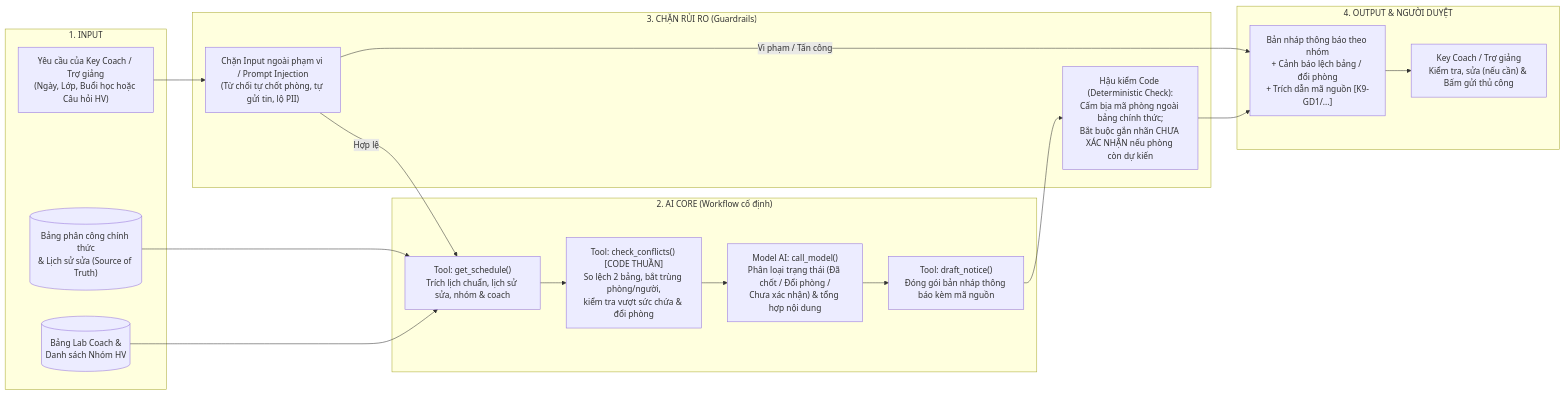
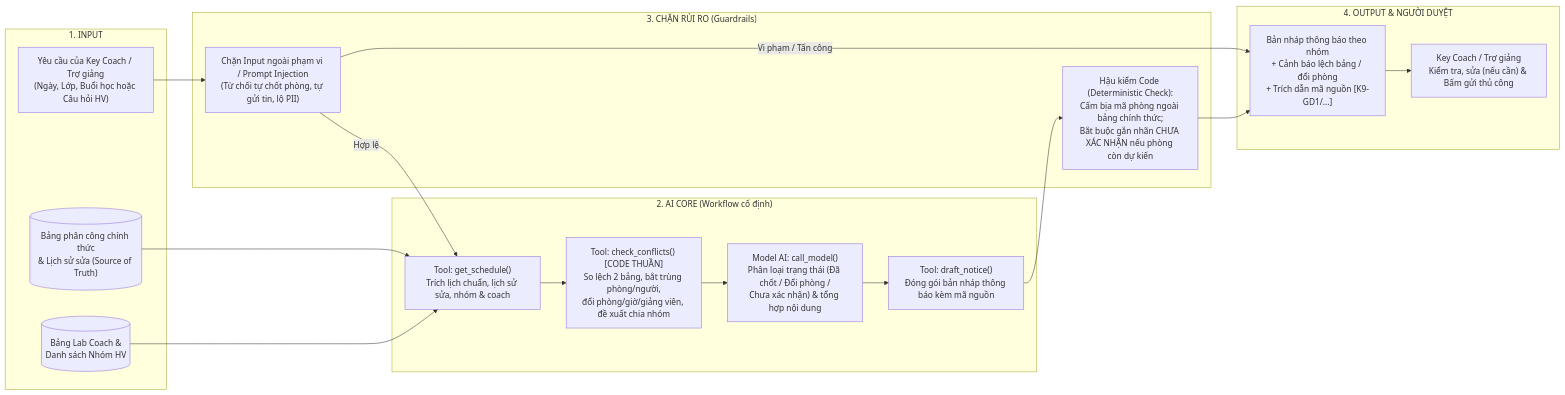
The diagram in spec.md (VUDUCTHANG130604/K5-Day15-L3A-Als-do-all), drawn with Mermaid before and after one commit. The commit also changed other lines of this file and 12 other files, not shown here.

````diff
--- a/spec.md
+++ b/spec.md
@@ -60,37 +60,37 @@
 ```mermaid
 flowchart LR
     subgraph INPUT["1. INPUT"]
         U["Yêu cầu của Key Coach / Trợ giảng<br/>(Ngày, Lớp, Buổi học hoặc Câu hỏi HV)"]
         D1[("Bảng phân công chính thức<br/>& Lịch sử sửa (Source of Truth)")]
         D2[("Bảng Lab Coach &<br/>Danh sách Nhóm HV")]
     end
 
     subgraph CORE["2. AI CORE (Workflow cố định)"]
         T1["Tool: get_schedule()<br/>Trích lịch chuẩn, lịch sử sửa, nhóm & coach"]
-        T2["Tool: check_conflicts() [CODE THUẦN]<br/>So lệch 2 bảng, bắt trùng phòng/người,<br/>kiểm tra vượt sức chứa & đổi phòng"]
+        T2["Tool: check_conflicts() [CODE THUẦN]<br/>So lệch 2 bảng, bắt trùng phòng/người,<br/>đổi phòng/giờ/giảng viên, đề xuất chia nhóm"]
         LLM["Model AI: call_model()<br/>Phân loại trạng thái (Đã chốt / Đổi phòng /<br/>Chưa xác nhận) & tổng hợp nội dung"]
         T3["Tool: draft_notice()<br/>Đóng gói bản nháp thông báo kèm mã nguồn"]
     end
 
     subgraph GUARD["3. CHẶN RỦI RO (Guardrails)"]
         G1["Chặn Input ngoài phạm vi / Prompt Injection<br/>(Từ chối tự chốt phòng, tự gửi tin, lộ PII)"]
         G2["Hậu kiểm Code (Deterministic Check):<br/>Cấm bịa mã phòng ngoài bảng chính thức;<br/>Bắt buộc gắn nhãn CHƯA XÁC NHẬN nếu phòng còn dự kiến"]
     end
 
     subgraph OUTPUT["4. OUTPUT & NGƯỜI DUYỆT"]
         OUT["Bản nháp thông báo theo nhóm<br/>+ Cảnh báo lệch bảng / đổi phòng<br/>+ Trích dẫn mã nguồn [K9-GD1/...]"]
         HUM["Key Coach / Trợ giảng<br/>Kiểm tra, sửa (nếu cần) & Bấm gửi thủ công"]
     end
 
     U --> G1
     G1 -->|"Hợp lệ"| T1
     D1 --> T1
     D2 --> T1
     T1 --> T2
     T2 --> LLM
     LLM --> T3
     T3 --> G2
     G1 -->|"Vi phạm / Tấn công"| OUT
     G2 --> OUT
     OUT --> HUM
 ```
````
